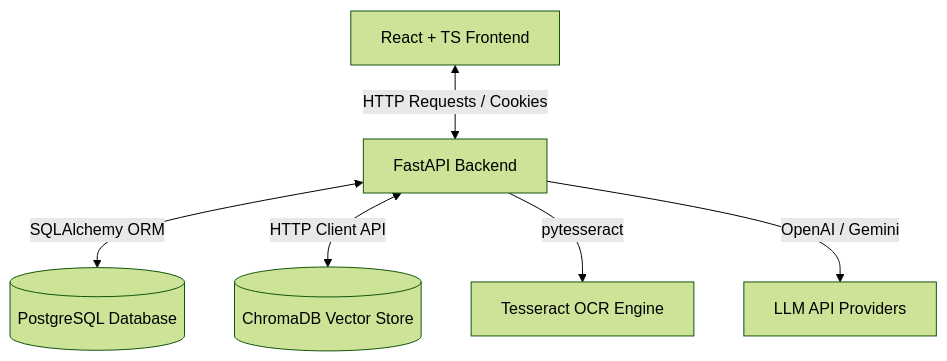
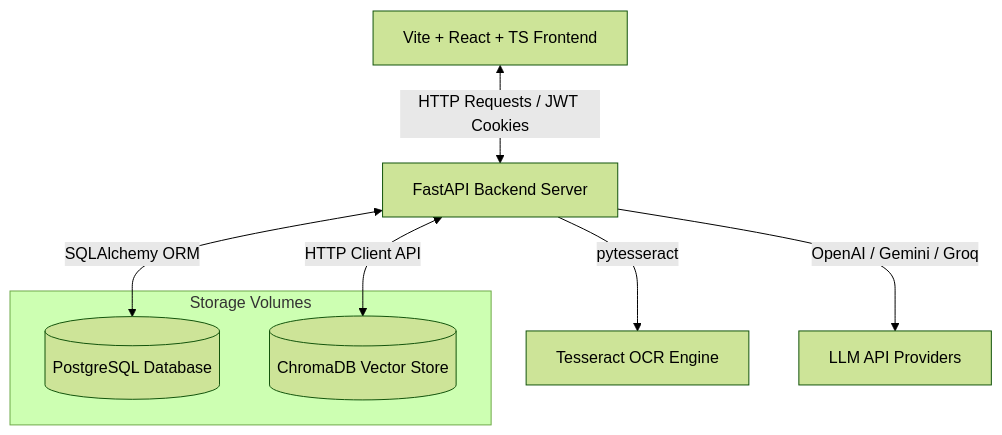
One commit to mitwaaaaaa/Nexus changed the diagram in README.md. Above: the diagram before and after it, drawn with Mermaid (forest theme). The commit also changed other lines of this file and 13 other files, not shown here.

````diff
--- a/README.md
+++ b/README.md
@@ -22,8 +45,13 @@
 ```mermaid
 graph TD
-    Client[React + TS Frontend] <-->|HTTP Requests / Cookies| API[FastAPI Backend]
+    Client[Vite + React + TS Frontend] <-->|HTTP Requests / JWT Cookies| API[FastAPI Backend Server]
     API <-->|SQLAlchemy ORM| DB[(PostgreSQL Database)]
     API <-->|HTTP Client API| Chroma[(ChromaDB Vector Store)]
     API -->|pytesseract| OCR[Tesseract OCR Engine]
-    API -->|OpenAI / Gemini| AI[LLM API Providers]
+    API -->|OpenAI / Gemini / Groq| AI[LLM API Providers]
+    
+    subgraph Storage Volumes
+        DB
+        Chroma
+    end
 ```
````
